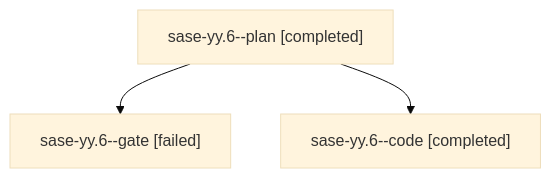
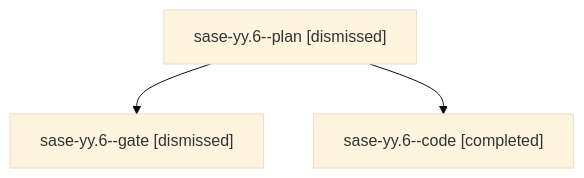
Before and after one commit to sase-org/sase--agents: the diagram in families/bbugyi200.athena.sase-yy.6.md, drawn with Mermaid (base theme). The commit also changed other lines of this file and 106 other files, not shown here.

````diff
--- a/families/bbugyi200.athena.sase-yy.6.md
+++ b/families/bbugyi200.athena.sase-yy.6.md
@@ -9,8 +9,8 @@
 ```mermaid
 flowchart TD
-  n0["sase-yy.6--plan [completed]"]
-  n1["sase-yy.6--gate [failed]"]
+  n0["sase-yy.6--plan [dismissed]"]
+  n1["sase-yy.6--gate [dismissed]"]
   n0 --> n1
   n2["sase-yy.6--code [completed]"]
   n0 --> n2
 ```
````
